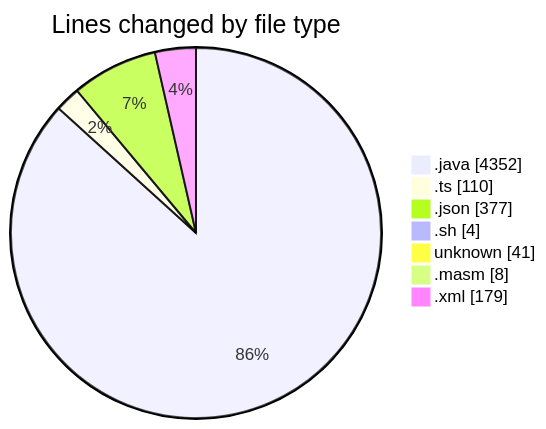
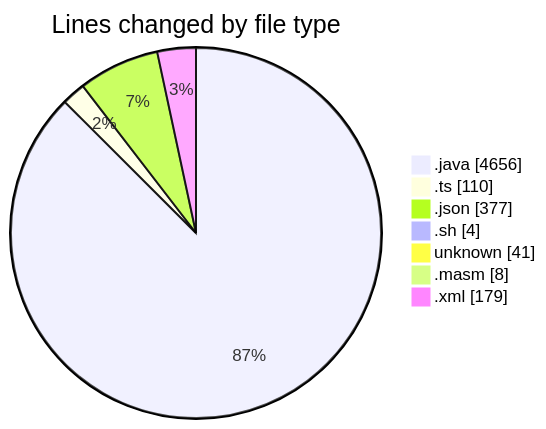
The first of 2 diagrams in 2025-02-20/micros/README.md (charlie-sans/code-tracking), drawn with Mermaid before and after one commit. The commit also changed other lines of this file and 1 other file, not shown here.

````diff
--- a/2025-02-20/micros/README.md
+++ b/2025-02-20/micros/README.md
@@ -40,11 +42,11 @@
 ```mermaid
 pie showData
 title Lines changed by file type
-".java" : 4352
+".java" : 4656
 ".ts" : 110
 ".json" : 377
 ".sh" : 4
 "unknown" : 41
 ".masm" : 8
 ".xml" : 179
 ```
````
